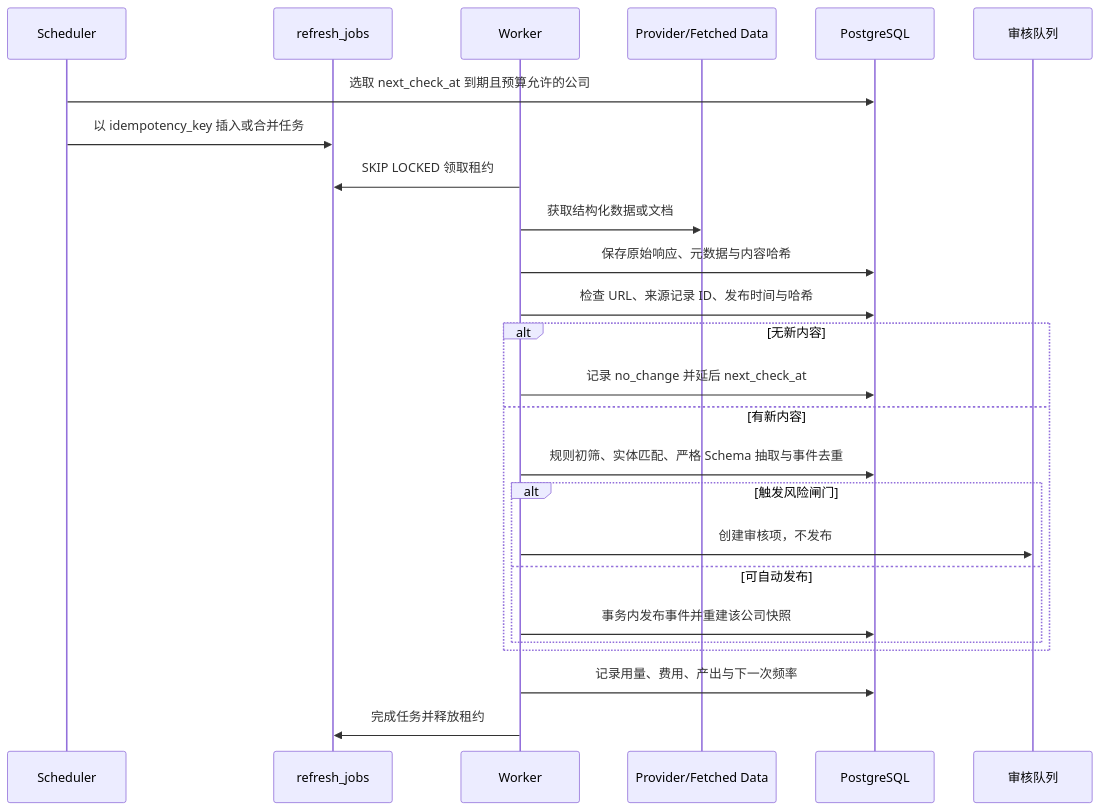
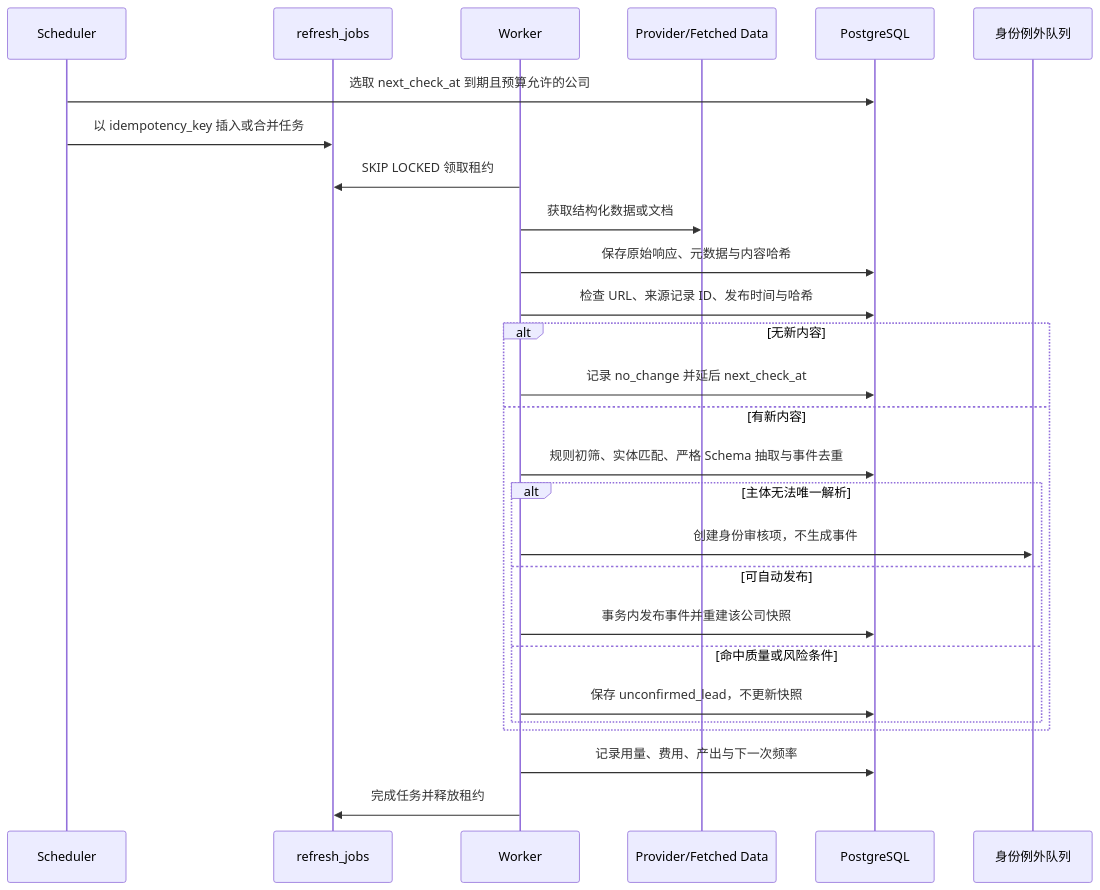
Before and after one commit to daiphoon/dealflow-radar: the third of 3 diagrams in docs/02-system-architecture.md, drawn with Mermaid. The commit also changed other lines of this file and 32 other files, not shown here.

````diff
--- a/docs/02-system-architecture.md
+++ b/docs/02-system-architecture.md
@@ -49,27 +49,29 @@
 ```mermaid
 sequenceDiagram
   participant S as Scheduler
   participant J as refresh_jobs
   participant W as Worker
   participant P as Provider/Fetched Data
   participant D as PostgreSQL
-  participant R as 审核队列
+  participant R as 身份例外队列
   S->>D: 选取 next_check_at 到期且预算允许的公司
   S->>J: 以 idempotency_key 插入或合并任务
   W->>J: SKIP LOCKED 领取租约
   W->>P: 获取结构化数据或文档
   W->>D: 保存原始响应、元数据与内容哈希
   W->>D: 检查 URL、来源记录 ID、发布时间与哈希
   alt 无新内容
     W->>D: 记录 no_change 并延后 next_check_at
   else 有新内容
     W->>D: 规则初筛、实体匹配、严格 Schema 抽取与事件去重
-    alt 触发风险闸门
-      W->>R: 创建审核项，不发布
+    alt 主体无法唯一解析
+      W->>R: 创建身份审核项，不生成事件
     else 可自动发布
       W->>D: 事务内发布事件并重建该公司快照
+    else 命中质量或风险条件
+      W->>D: 保存 unconfirmed_lead，不更新快照
     end
   end
   W->>D: 记录用量、费用、产出与下一次频率
   W->>J: 完成任务并释放租约
 ```
````
